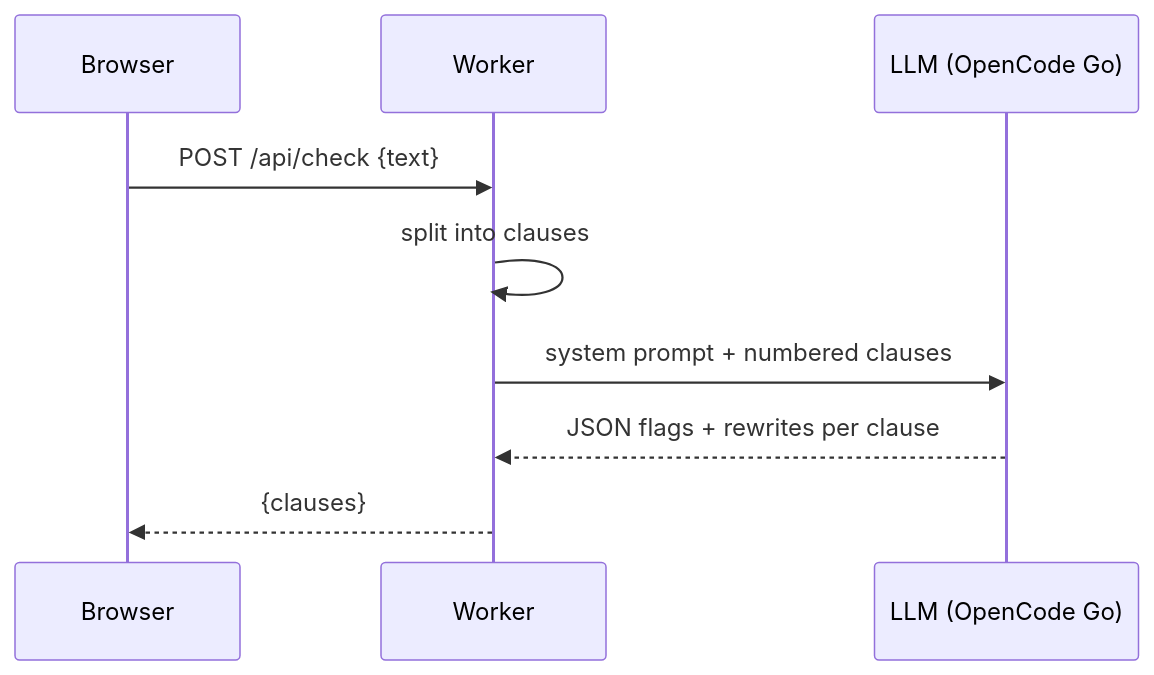
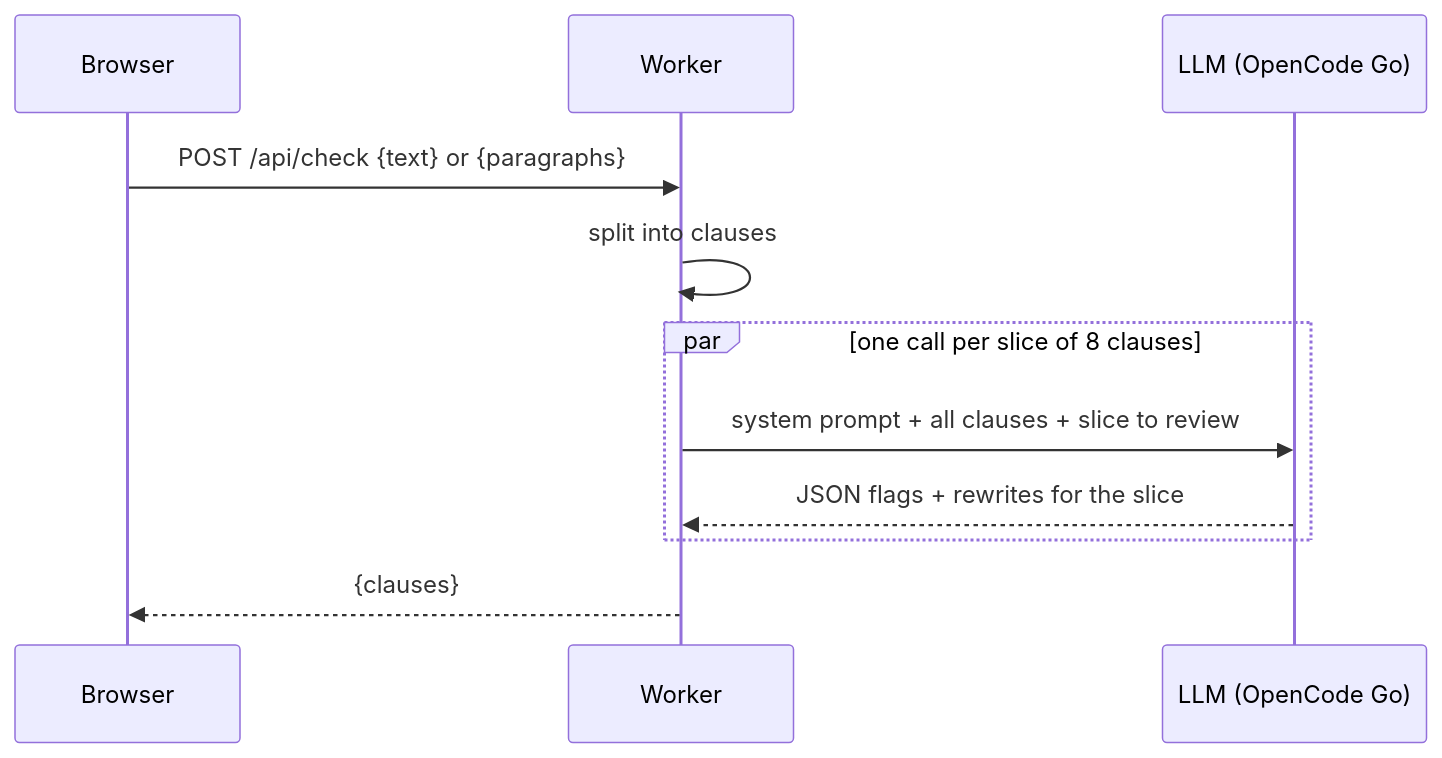
The diagram in README.md (TJERR1/speccheck), drawn with Mermaid before and after one commit. The commit also changed other lines of this file and 12 other files, not shown here.

````diff
--- a/README.md
+++ b/README.md
@@ -26,12 +29,14 @@
 ```mermaid
 sequenceDiagram
     participant Browser
     participant Worker
     participant LLM as LLM (OpenCode Go)
 
-    Browser->>Worker: POST /api/check {text}
+    Browser->>Worker: POST /api/check {text} or {paragraphs}
     Worker->>Worker: split into clauses
-    Worker->>LLM: system prompt + numbered clauses
-    LLM-->>Worker: JSON flags + rewrites per clause
+    par one call per slice of 8 clauses
+        Worker->>LLM: system prompt + all clauses + slice to review
+        LLM-->>Worker: JSON flags + rewrites for the slice
+    end
     Worker-->>Browser: {clauses}
 ```
````
